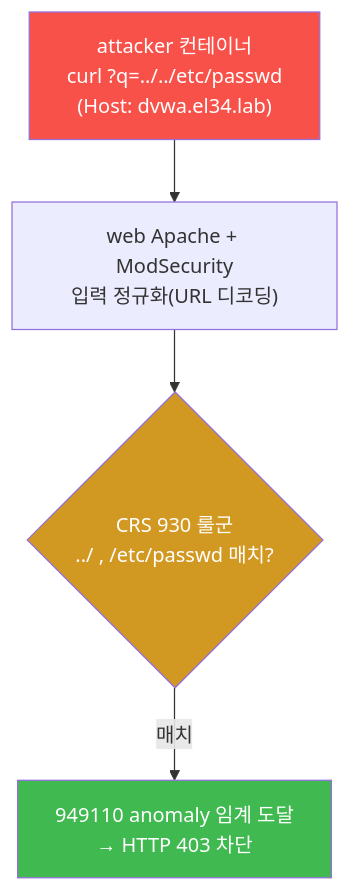
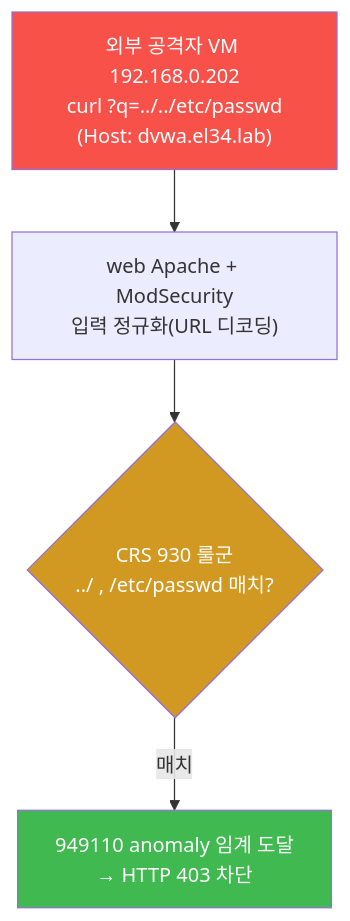
Before and after one commit to mrgrit/tw2: the second of 5 diagrams in contents/training/attack/lecture_week07.md, drawn with Mermaid. The commit also changed other lines of this file and 304 other files, not shown here.

````diff
--- a/contents/training/attack/lecture_week07.md
+++ b/contents/training/attack/lecture_week07.md
@@ -179,12 +179,12 @@
 ```mermaid
 graph TD
-    A["attacker 컨테이너<br/>curl ?q=../../etc/passwd<br/>(Host: dvwa.el34.lab)"]
+    A["외부 공격자 VM 192.168.0.202<br/>curl ?q=../../etc/passwd<br/>(Host: dvwa.el34.lab)"]
     B["web Apache + ModSecurity<br/>입력 정규화(URL 디코딩)"]
     C{"CRS 930 룰군<br/>../ , /etc/passwd 매치?"}
     D["949110 anomaly 임계 도달<br/>→ HTTP 403 차단"]
     A --> B --> C
     C -->|매치| D
     style A fill:#f85149,color:#fff
     style C fill:#d29922,color:#fff
     style D fill:#3fb950,color:#fff
 ```
````
